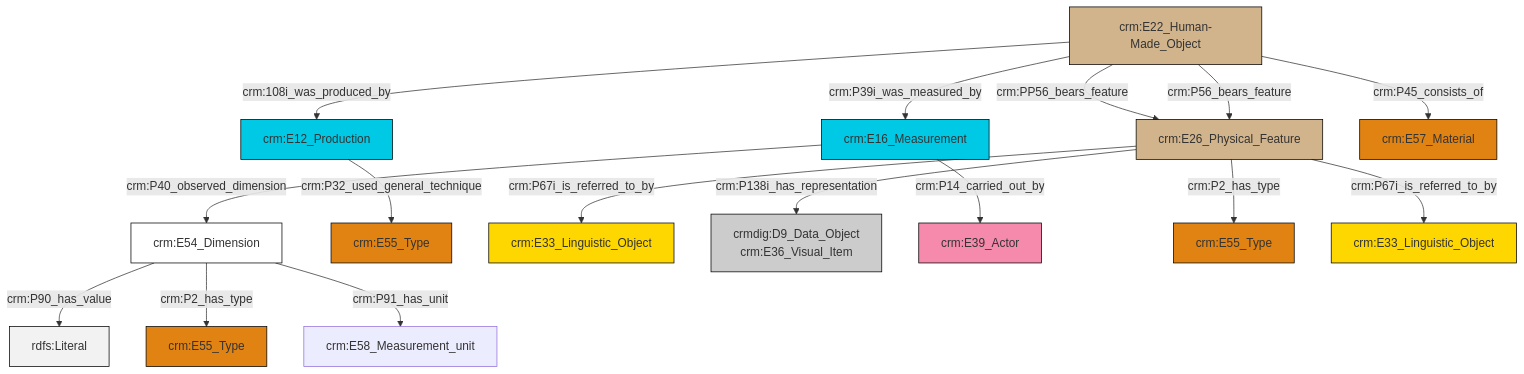
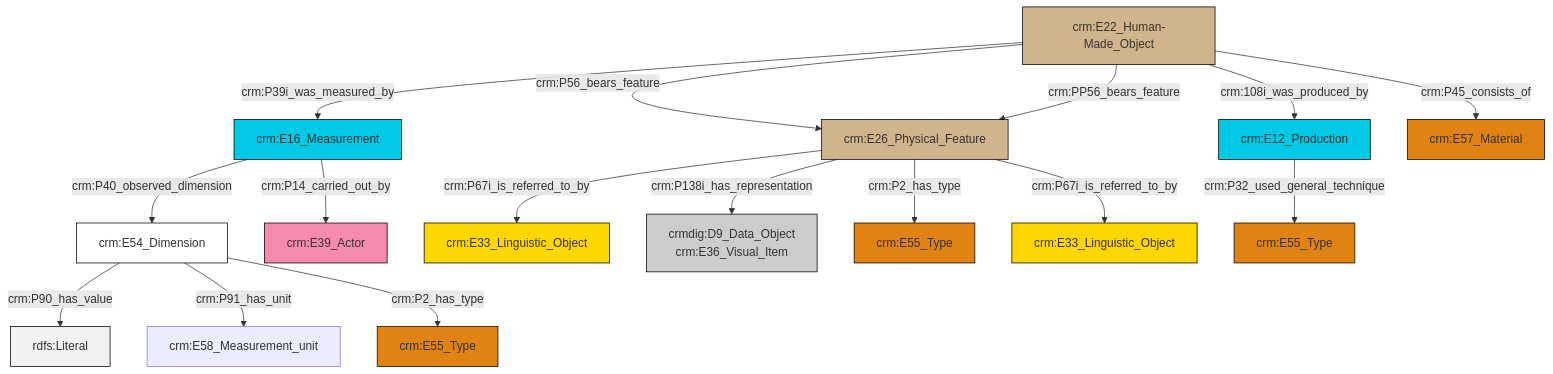
One commit to swiss-art-research-net/docs.swissartresearch changed the diagram in et/carrierCSV/ttl/mmd/carrier_substance.ttl.mmd. Above: the diagram before and after it, drawn with Mermaid. The commit also changed 179 other files, not shown here.

```diff
--- a/et/carrierCSV/ttl/mmd/carrier_substance.ttl.mmd
+++ b/et/carrierCSV/ttl/mmd/carrier_substance.ttl.mmd
@@ -1,30 +1,30 @@
 graph TD
 classDef Literal fill:#f2f2f2,stroke:#000000;
 classDef CRM_Entity fill:#FFFFFF,stroke:#000000;
 classDef Temporal_Entity fill:#00C9E6, stroke:#000000;
 classDef Type fill:#E18312, stroke:#000000;
 classDef Time-Span fill:#2C9C91, stroke:#000000;
 classDef Appellation fill:#FFEB7F, stroke:#000000;
 classDef Place fill:#008836, stroke:#000000;
 classDef Persistent_Item fill:#B266B2, stroke:#000000;
 classDef Conceptual_Object fill:#FFD700, stroke:#000000;
 classDef Physical_Thing fill:#D2B48C, stroke:#000000;
 classDef Actor fill:#f58aad, stroke:#000000;
 classDef PC_Classes fill:#4ce600, stroke:#000000;
 classDef Multi fill:#cccccc,stroke:#000000;
 
-0["crm:E54_Dimension"]:::CRM_Entity -->|crm:P90_has_value| 1[rdfs:Literal]:::Literal
-4["crm:E22_Human-Made_Object"]:::Physical_Thing -->|crm:PP56_bears_feature| 5["crm:E26_Physical_Feature"]:::Physical_Thing
-0["crm:E54_Dimension"]:::CRM_Entity -->|crm:P2_has_type| 6["crm:E55_Type"]:::Type
-12["crm:E16_Measurement"]:::Temporal_Entity -->|crm:P40_observed_dimension| 0["crm:E54_Dimension"]:::CRM_Entity
-4["crm:E22_Human-Made_Object"]:::Physical_Thing -->|crm:108i_was_produced_by| 13["crm:E12_Production"]:::Temporal_Entity
-12["crm:E16_Measurement"]:::Temporal_Entity -->|crm:P14_carried_out_by| 14["crm:E39_Actor"]:::Actor
-13["crm:E12_Production"]:::Temporal_Entity -->|crm:P32_used_general_technique| 2["crm:E55_Type"]:::Type
-4["crm:E22_Human-Made_Object"]:::Physical_Thing -->|crm:P39i_was_measured_by| 12["crm:E16_Measurement"]:::Temporal_Entity
-0["crm:E54_Dimension"]:::CRM_Entity -->|crm:P91_has_unit| 19["crm:E58_Measurement_unit"]:::Default
-5["crm:E26_Physical_Feature"]:::Physical_Thing -->|crm:P138i_has_representation| 9["crmdig:D9_Data_Object<br>crm:E36_Visual_Item"]:::Multi
-5["crm:E26_Physical_Feature"]:::Physical_Thing -->|crm:P67i_is_referred_to_by| 7["crm:E33_Linguistic_Object"]:::Conceptual_Object
-5["crm:E26_Physical_Feature"]:::Physical_Thing -->|crm:P2_has_type| 22["crm:E55_Type"]:::Type
-5["crm:E26_Physical_Feature"]:::Physical_Thing -->|crm:P67i_is_referred_to_by| 27["crm:E33_Linguistic_Object"]:::Conceptual_Object
-4["crm:E22_Human-Made_Object"]:::Physical_Thing -->|crm:P45_consists_of| 16["crm:E57_Material"]:::Type
-4["crm:E22_Human-Made_Object"]:::Physical_Thing -->|crm:P56_bears_feature| 5["crm:E26_Physical_Feature"]:::Physical_Thing
+2["crm:E22_Human-Made_Object"]:::Physical_Thing -->|crm:P39i_was_measured_by| 0["crm:E16_Measurement"]:::Temporal_Entity
+0["crm:E16_Measurement"]:::Temporal_Entity -->|crm:P40_observed_dimension| 3["crm:E54_Dimension"]:::CRM_Entity
+3["crm:E54_Dimension"]:::CRM_Entity -->|crm:P90_has_value| 4[rdfs:Literal]:::Literal
+0["crm:E16_Measurement"]:::Temporal_Entity -->|crm:P14_carried_out_by| 5["crm:E39_Actor"]:::Actor
+6["crm:E26_Physical_Feature"]:::Physical_Thing -->|crm:P67i_is_referred_to_by| 7["crm:E33_Linguistic_Object"]:::Conceptual_Object
+3["crm:E54_Dimension"]:::CRM_Entity -->|crm:P91_has_unit| 8["crm:E58_Measurement_unit"]:::Default
+2["crm:E22_Human-Made_Object"]:::Physical_Thing -->|crm:108i_was_produced_by| 11["crm:E12_Production"]:::Temporal_Entity
+2["crm:E22_Human-Made_Object"]:::Physical_Thing -->|crm:P56_bears_feature| 6["crm:E26_Physical_Feature"]:::Physical_Thing
+6["crm:E26_Physical_Feature"]:::Physical_Thing -->|crm:P138i_has_representation| 14["crmdig:D9_Data_Object<br>crm:E36_Visual_Item"]:::Multi
+6["crm:E26_Physical_Feature"]:::Physical_Thing -->|crm:P2_has_type| 15["crm:E55_Type"]:::Type
+6["crm:E26_Physical_Feature"]:::Physical_Thing -->|crm:P67i_is_referred_to_by| 18["crm:E33_Linguistic_Object"]:::Conceptual_Object
+11["crm:E12_Production"]:::Temporal_Entity -->|crm:P32_used_general_technique| 21["crm:E55_Type"]:::Type
+2["crm:E22_Human-Made_Object"]:::Physical_Thing -->|crm:P45_consists_of| 22["crm:E57_Material"]:::Type
+2["crm:E22_Human-Made_Object"]:::Physical_Thing -->|crm:PP56_bears_feature| 6["crm:E26_Physical_Feature"]:::Physical_Thing
+3["crm:E54_Dimension"]:::CRM_Entity -->|crm:P2_has_type| 9["crm:E55_Type"]:::Type
```
